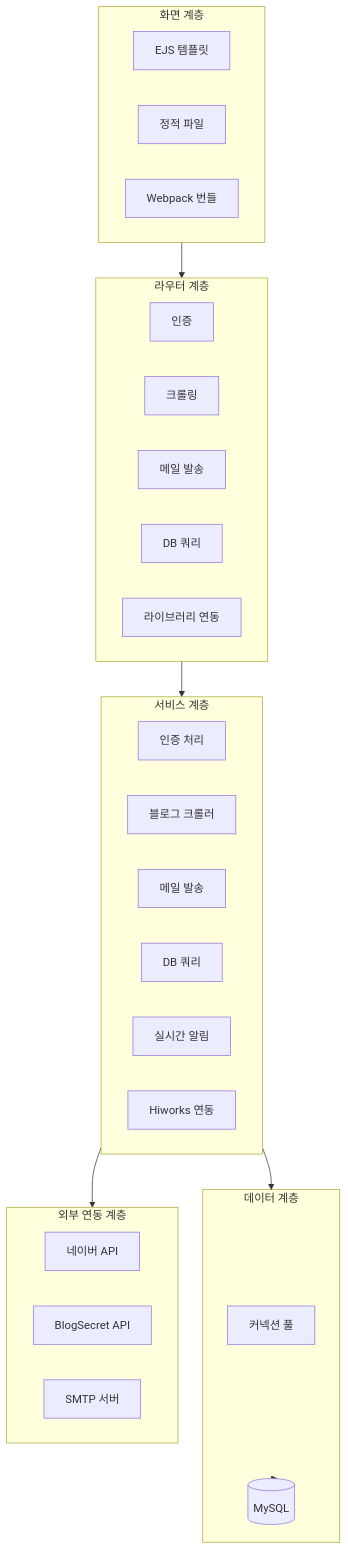
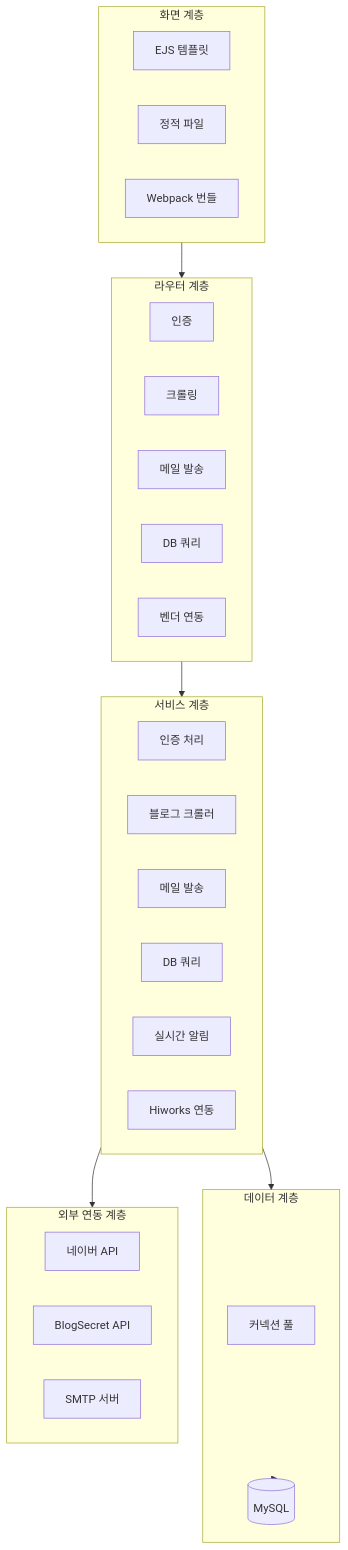
One commit to bis0908/fork-my-brain changed the first of 10 diagrams in content/Project/N사 인플루언서 마케팅/docs/02-layer-architecture.md. Above: the diagram before and after it, drawn with Mermaid. The commit also changed other lines of this file and 9 other files, not shown here.

````diff
--- a/content/Project/N사 인플루언서 마케팅/docs/02-layer-architecture.md
+++ b/content/Project/N사 인플루언서 마케팅/docs/02-layer-architecture.md
@@ -12,42 +12,42 @@
 ```mermaid
 graph TB
     subgraph PL["화면 계층"]
         Views[EJS 템플릿]
         Static[정적 파일]
         Bundle[Webpack 번들]
     end
 
     subgraph RL["라우터 계층"]
         Auth[인증]
         Crawl[크롤링]
         Mail[메일 발송]
         DB[DB 쿼리]
-        Vendor[라이브러리 연동]
+        Vendor[벤더 연동]
     end
 
     subgraph SL["서비스 계층"]
         AuthS[인증 처리]
         SearchS[블로그 크롤러]
         MailS[메일 발송]
         QueryS[DB 쿼리]
         SocketS[실시간 알림]
         HiworksS[Hiworks 연동]
     end
 
     subgraph DL["데이터 계층"]
         Pool[커넥션 풀]
         MySQL[(MySQL)]
     end
 
     subgraph EL["외부 연동 계층"]
         Naver[네이버 API]
         BlogAPI[BlogSecret API]
         SMTP[SMTP 서버]
     end
 
     PL --> RL
     RL --> SL
     SL --> DL
     SL --> EL
     DL --> MySQL
 ```
````
